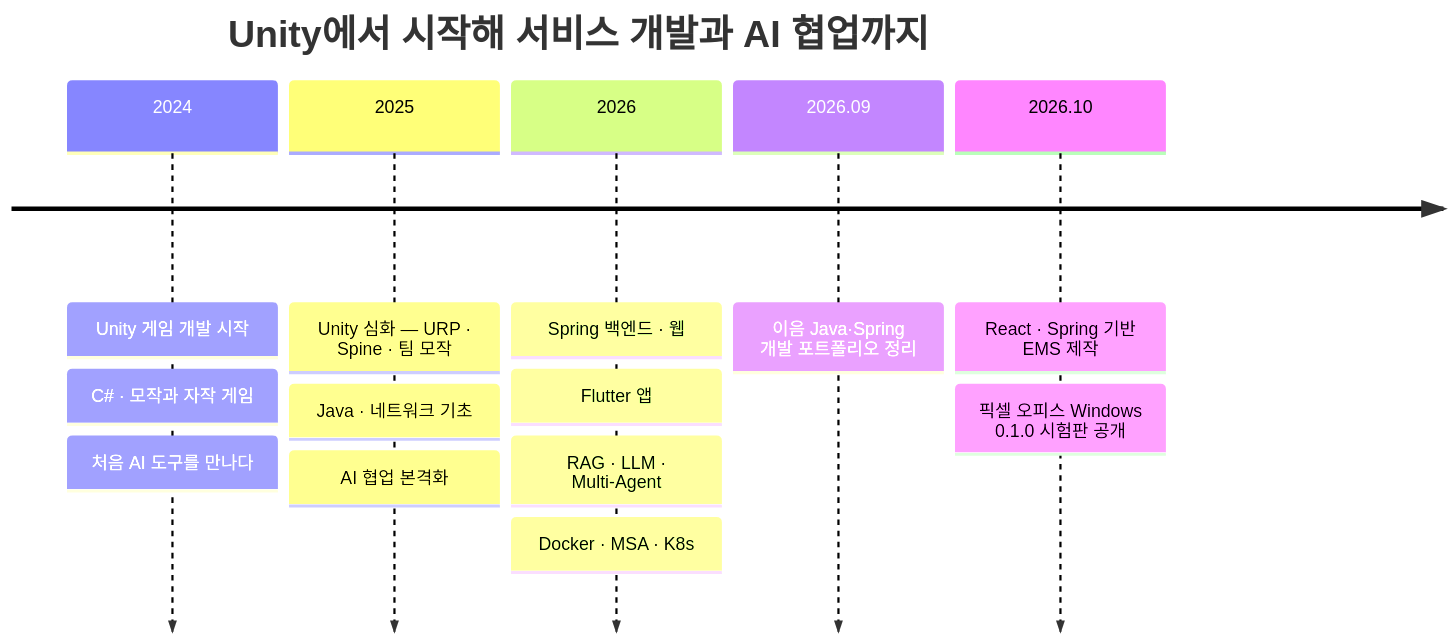
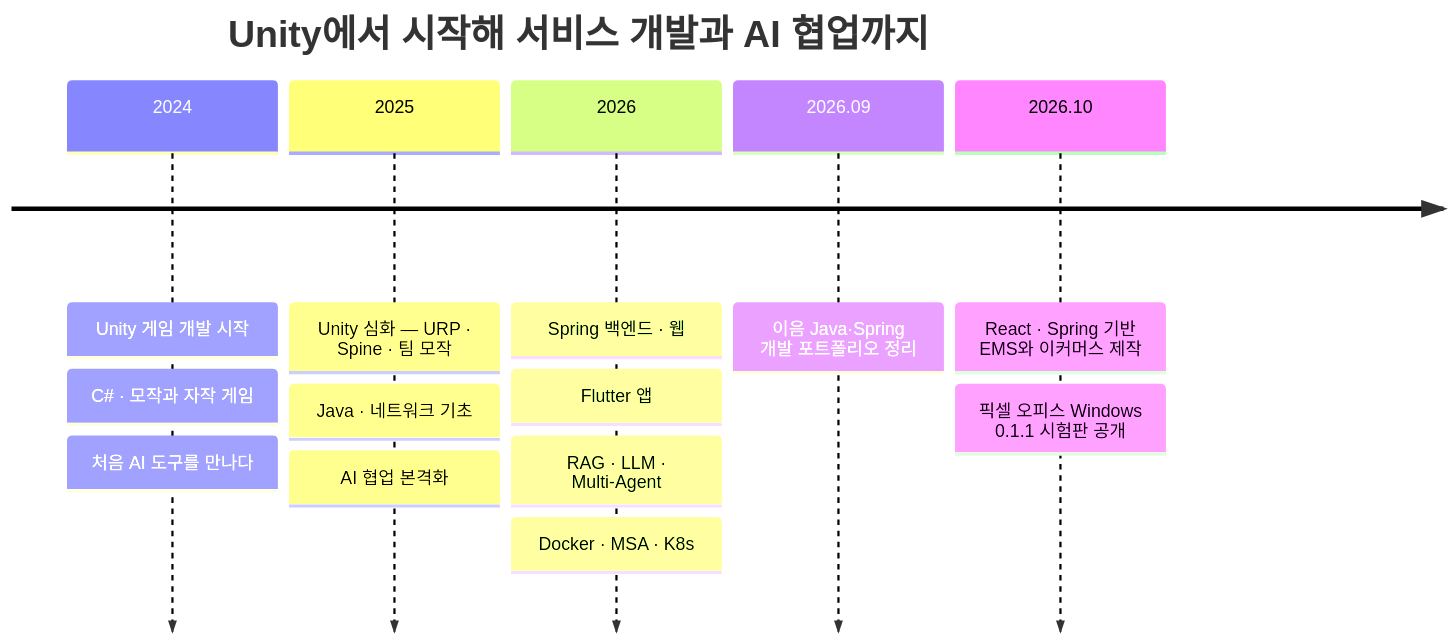
Before and after one commit to MaoEmong/MaoEmong: the diagram in README.md, drawn with Mermaid. The commit also changed other lines of this file, not shown here.

````diff
--- a/README.md
+++ b/README.md
@@ -30,9 +39,9 @@
 ```mermaid
 timeline
     title Unity에서 시작해 서비스 개발과 AI 협업까지
     2024 : Unity 게임 개발 시작 : C# · 모작과 자작 게임 : 처음 AI 도구를 만나다
     2025 : Unity 심화 — URP · Spine · 팀 모작 : Java · 네트워크 기초 : AI 협업 본격화
     2026 : Spring 백엔드 · 웹 : Flutter 앱 : RAG · LLM · Multi-Agent : Docker · MSA · K8s
     2026.09 : 이음 Java·Spring 개발 포트폴리오 정리
-    2026.10 : React · Spring 기반 EMS 제작 : 픽셀 오피스 Windows 0.1.0 시험판 공개
+    2026.10 : React · Spring 기반 EMS와 이커머스 제작 : 픽셀 오피스 Windows 0.1.1 시험판 공개
 ```
````
